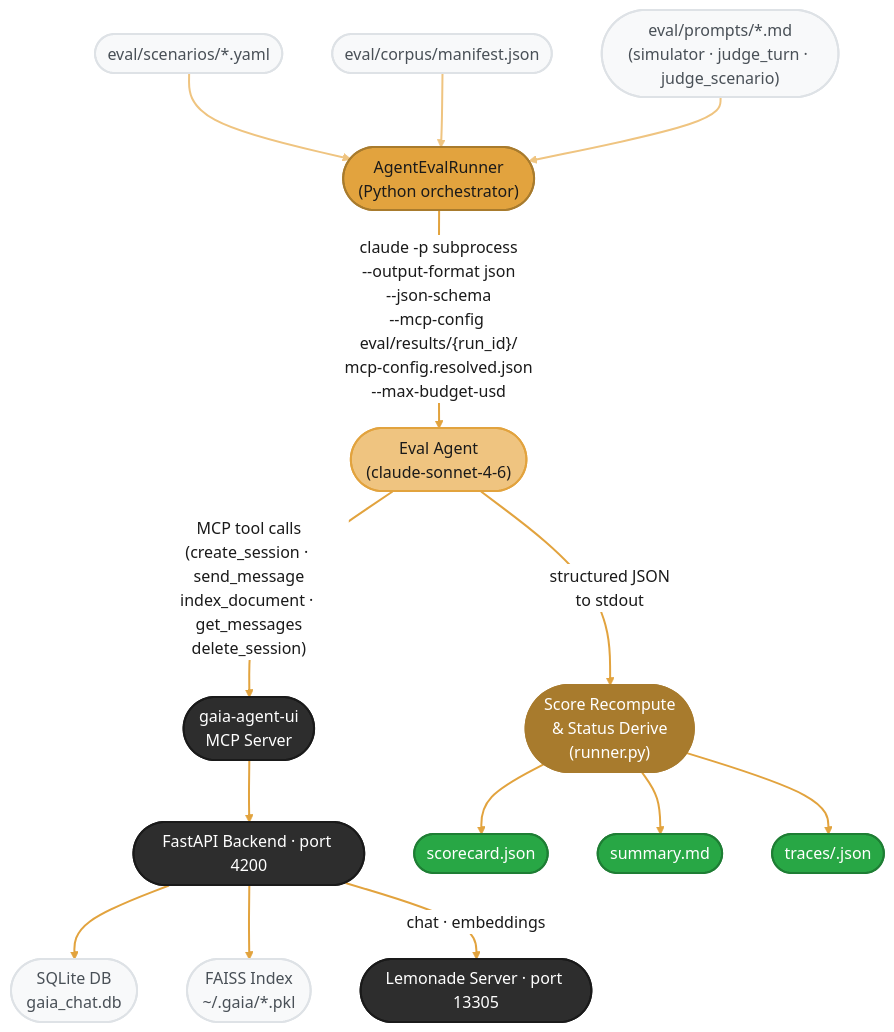
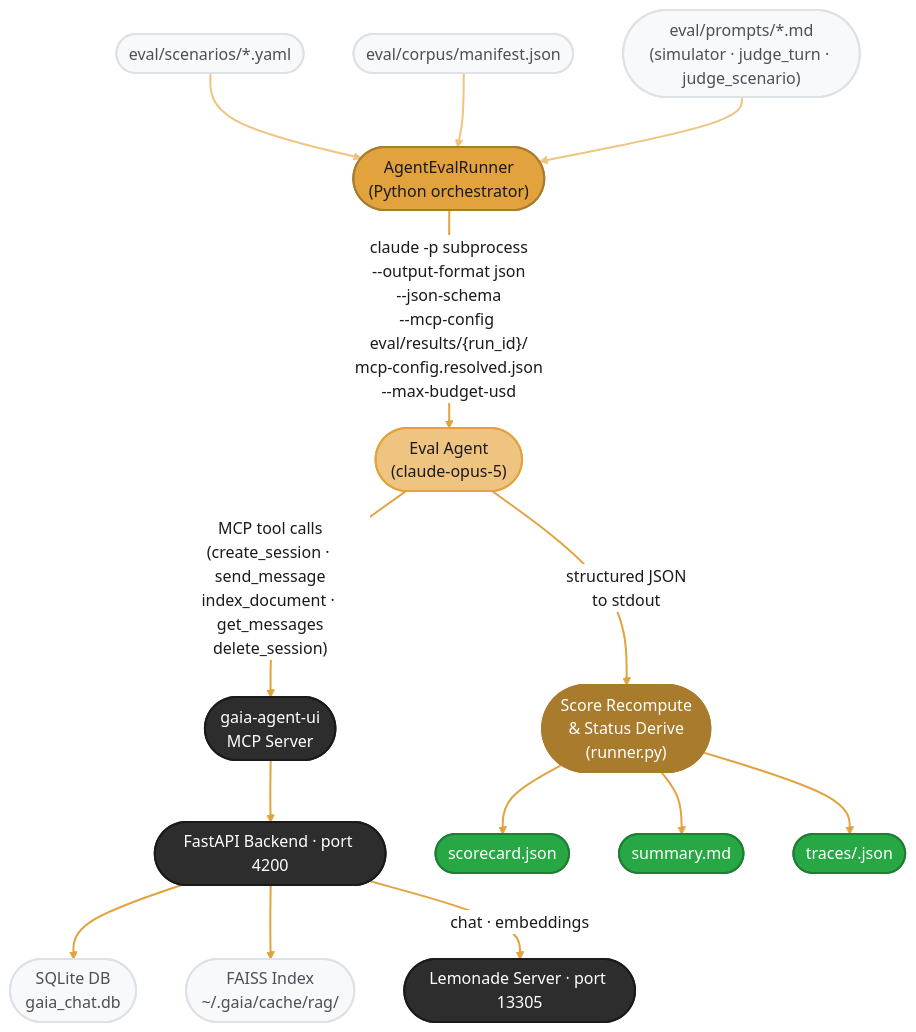
Before and after one commit to amd/gaia: the first of 4 diagrams in docs/eval.mdx, drawn with Mermaid. The commit also changed other lines of this file and 63 other files, not shown here.

````diff
--- a/docs/eval.mdx
+++ b/docs/eval.mdx
@@ -41,39 +41,39 @@
 ```mermaid
 %%{init: {'theme':'base', 'themeVariables': { 'primaryColor':'#E2A33E', 'primaryTextColor':'#1a1a1a', 'primaryBorderColor':'#A87B2D', 'lineColor':'#A87B2D', 'edgeLabelBackground':'#ffffff', 'fontFamily':'system-ui, -apple-system, sans-serif'}}}%%
 flowchart TD
     YAML(["eval/scenarios/*.yaml"]) --> RUNNER(["AgentEvalRunner\n(Python orchestrator)"])
     MANIFEST(["eval/corpus/manifest.json"]) --> RUNNER
     PROMPTS(["eval/prompts/*.md\n(simulator · judge_turn · judge_scenario)"]) --> RUNNER
 
-    RUNNER -->|"claude -p subprocess\n--output-format json\n--json-schema\n--mcp-config eval/results/{run_id}/\nmcp-config.resolved.json\n--max-budget-usd"| EVAL(["Eval Agent\n(claude-sonnet-4-6)"])
+    RUNNER -->|"claude -p subprocess\n--output-format json\n--json-schema\n--mcp-config eval/results/{run_id}/\nmcp-config.resolved.json\n--max-budget-usd"| EVAL(["Eval Agent\n(claude-opus-5)"])
 
     EVAL -->|"MCP tool calls\n(create_session · send_message\nindex_document · get_messages\ndelete_session)"| MCPS(["gaia-agent-ui\nMCP Server"])
 
     MCPS --> API(["FastAPI Backend · port 4200"])
     API --> DB(["SQLite DB\ngaia_chat.db"])
-    API --> RAG(["FAISS Index\n~/.gaia/*.pkl"])
+    API --> RAG(["FAISS Index\n~/.gaia/cache/rag/"])
     API -->|"chat · embeddings"| LEM(["Lemonade Server · port 13305"])
 
     EVAL -->|"structured JSON\nto stdout"| SCORE(["Score Recompute\n& Status Derive\n(runner.py)"])
     SCORE --> SC(["scorecard.json"])
     SCORE --> SM(["summary.md"])
     SCORE --> TR(["traces/<id>.json"])
 
     style YAML fill:#f8f9fa,stroke:#dee2e6,stroke-width:2px,color:#495057
     style MANIFEST fill:#f8f9fa,stroke:#dee2e6,stroke-width:2px,color:#495057
     style PROMPTS fill:#f8f9fa,stroke:#dee2e6,stroke-width:2px,color:#495057
     style RUNNER fill:#E2A33E,stroke:#A87B2D,stroke-width:2px,color:#1a1a1a
     style EVAL fill:#EFC480,stroke:#E2A33E,stroke-width:2px,color:#1a1a1a
     style MCPS fill:#2d2d2d,stroke:#1a1a1a,stroke-width:2px,color:#fff
     style API fill:#2d2d2d,stroke:#1a1a1a,stroke-width:2px,color:#fff
     style DB fill:#f8f9fa,stroke:#dee2e6,stroke-width:2px,color:#495057
     style RAG fill:#f8f9fa,stroke:#dee2e6,stroke-width:2px,color:#495057
     style LEM fill:#2d2d2d,stroke:#1a1a1a,stroke-width:2px,color:#fff
     style SCORE fill:#A87B2D,stroke:#A87B2D,stroke-width:2px,color:#fff
     style SC fill:#28a745,stroke:#1e7e34,stroke-width:2px,color:#fff
     style SM fill:#28a745,stroke:#1e7e34,stroke-width:2px,color:#fff
     style TR fill:#28a745,stroke:#1e7e34,stroke-width:2px,color:#fff
 
     linkStyle 0,1,2 stroke:#EFC480,stroke-width:2px
     linkStyle 3,4,5,6,7,8,9,10,11,12 stroke:#E2A33E,stroke-width:2px
 ```
````
